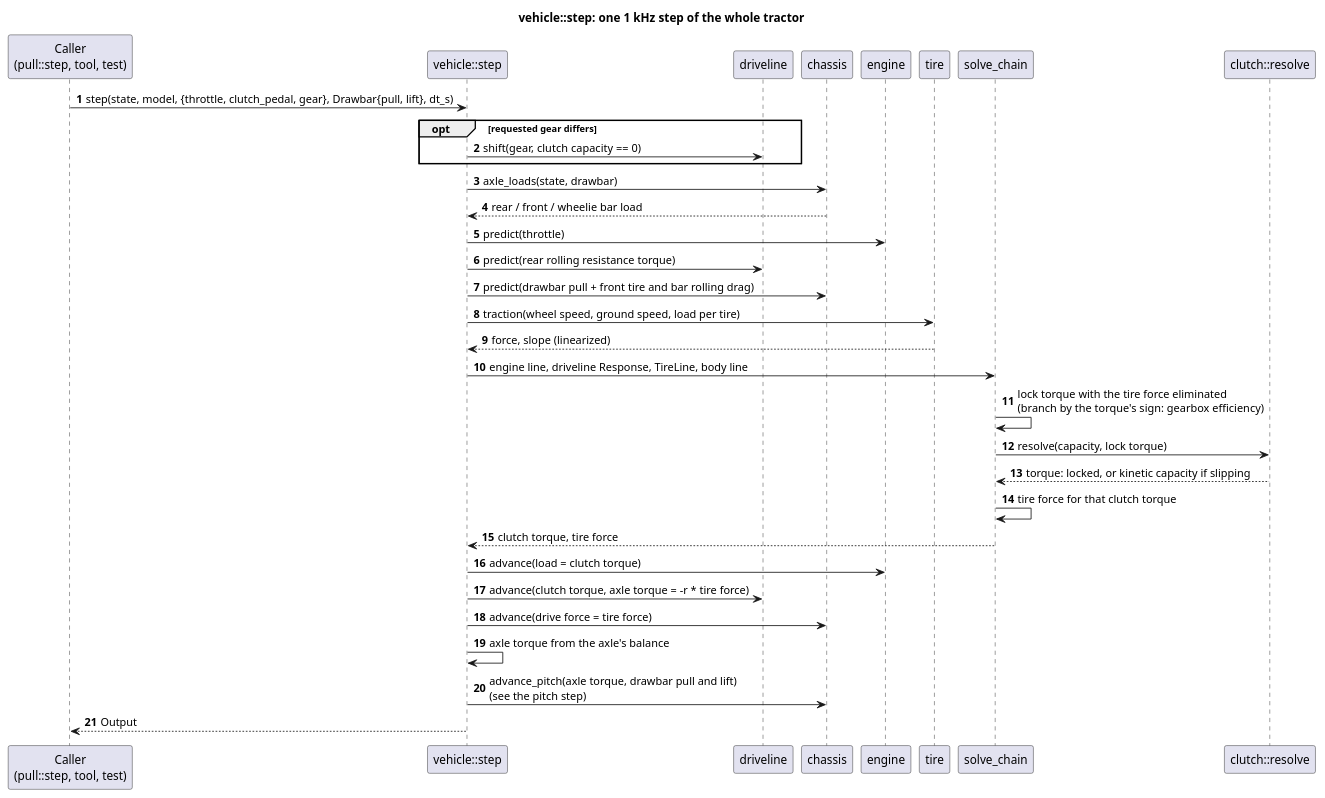
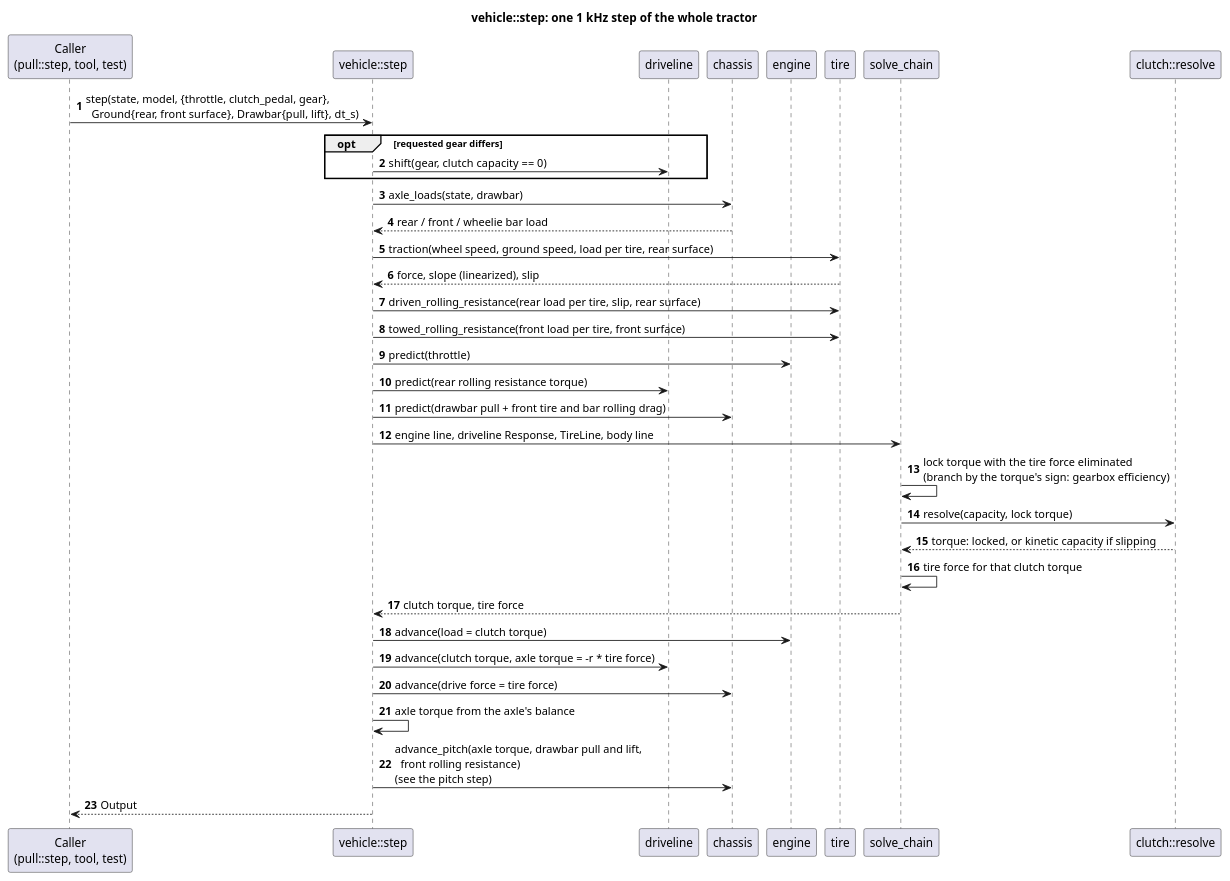
Before and after one commit to wversteeg/TractorPulling: the diagram in docs/diagrams/vehicle_step_sequence.puml, drawn with PlantUML. The commit also changed 52 other files, not shown here.

```diff
--- a/docs/diagrams/vehicle_step_sequence.puml
+++ b/docs/diagrams/vehicle_step_sequence.puml
@@ -1,36 +1,38 @@
 @startuml vehicle_step_sequence
 title vehicle::step: one 1 kHz step of the whole tractor
 autonumber
 participant "Caller\n(pull::step, tool, test)" as Caller
 participant "vehicle::step" as Step
 participant "driveline" as Driveline
 participant "chassis" as Chassis
 participant "engine" as Engine
 participant "tire" as Tire
 participant "solve_chain" as Solve
 participant "clutch::resolve" as Clutch
 
-Caller -> Step : step(state, model, {throttle, clutch_pedal, gear}, Drawbar{pull, lift}, dt_s)
+Caller -> Step : step(state, model, {throttle, clutch_pedal, gear},\n  Ground{rear, front surface}, Drawbar{pull, lift}, dt_s)
 opt requested gear differs
   Step -> Driveline : shift(gear, clutch capacity == 0)
 end
 Step -> Chassis : axle_loads(state, drawbar)
 Chassis --> Step : rear / front / wheelie bar load
+Step -> Tire : traction(wheel speed, ground speed, load per tire, rear surface)
+Tire --> Step : force, slope (linearized), slip
+Step -> Tire : driven_rolling_resistance(rear load per tire, slip, rear surface)
+Step -> Tire : towed_rolling_resistance(front load per tire, front surface)
 Step -> Engine : predict(throttle)
 Step -> Driveline : predict(rear rolling resistance torque)
 Step -> Chassis : predict(drawbar pull + front tire and bar rolling drag)
-Step -> Tire : traction(wheel speed, ground speed, load per tire)
-Tire --> Step : force, slope (linearized)
 Step -> Solve : engine line, driveline Response, TireLine, body line
 Solve -> Solve : lock torque with the tire force eliminated\n(branch by the torque's sign: gearbox efficiency)
 Solve -> Clutch : resolve(capacity, lock torque)
 Clutch --> Solve : torque: locked, or kinetic capacity if slipping
 Solve -> Solve : tire force for that clutch torque
 Solve --> Step : clutch torque, tire force
 Step -> Engine : advance(load = clutch torque)
 Step -> Driveline : advance(clutch torque, axle torque = -r * tire force)
 Step -> Chassis : advance(drive force = tire force)
 Step -> Step : axle torque from the axle's balance
-Step -> Chassis : advance_pitch(axle torque, drawbar pull and lift)\n(see the pitch step)
+Step -> Chassis : advance_pitch(axle torque, drawbar pull and lift,\n  front rolling resistance)\n(see the pitch step)
 Step --> Caller : Output
 @enduml
```
